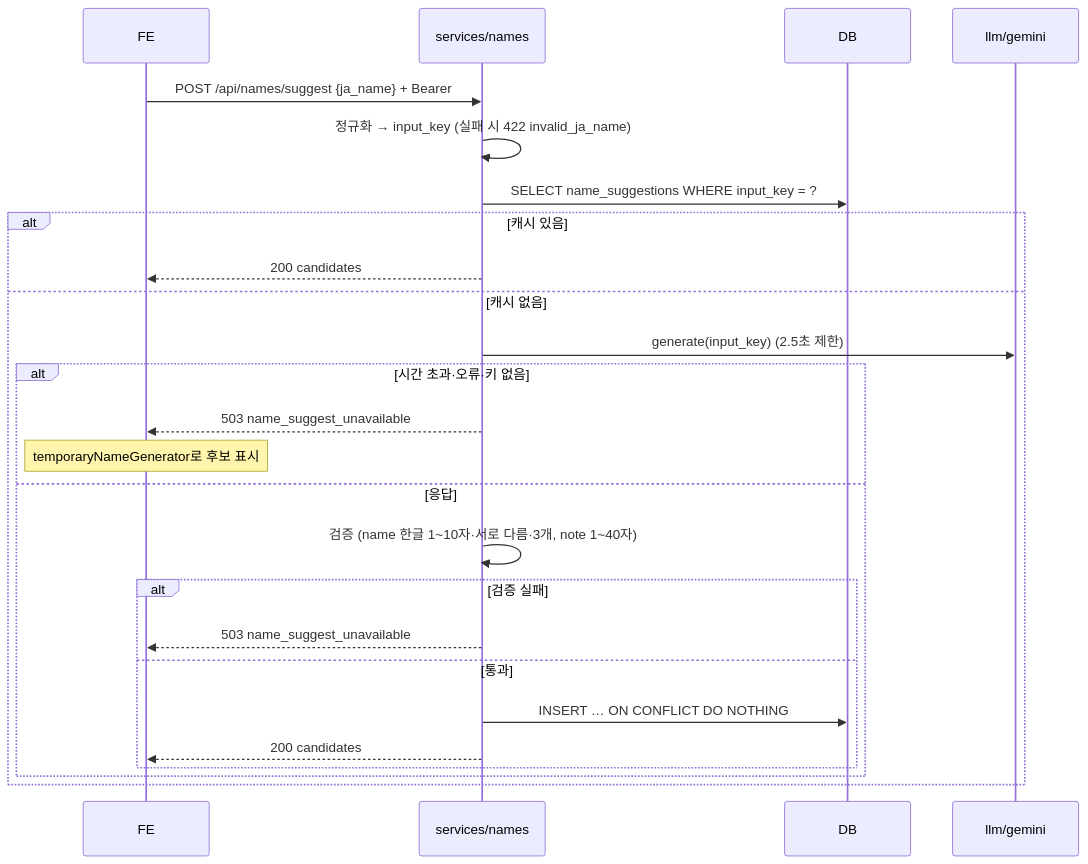
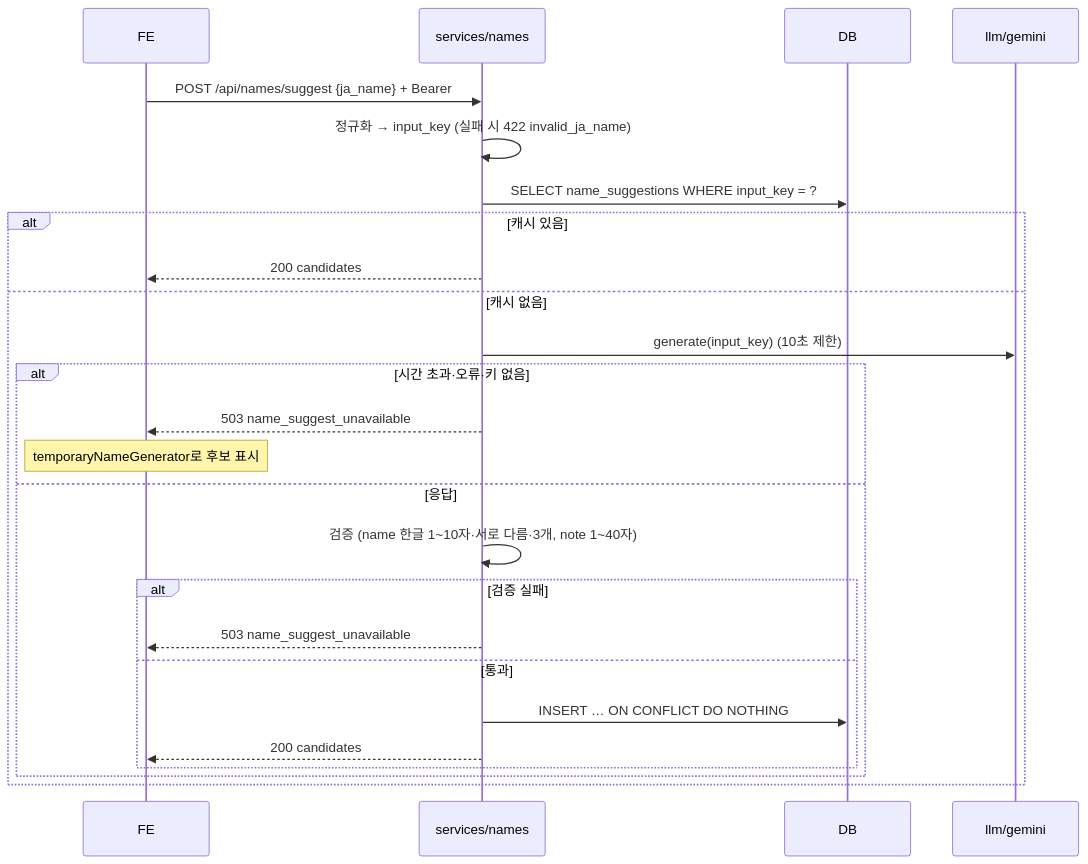
Before and after one commit to OurVacation/ichimadi: the fourth of 4 diagrams in docs/design/backend-architecture.md, drawn with Mermaid. The commit also changed other lines of this file and 8 other files, not shown here.

First line of the commit message:
fix(backend): make Gemini name suggestions reach the API (schema, timeout, thinking)

````diff
--- a/docs/design/backend-architecture.md
+++ b/docs/design/backend-architecture.md
@@ -120,27 +120,27 @@
 ```mermaid
 sequenceDiagram
   participant FE
   participant S as services/names
   participant DB
   participant G as llm/gemini
   FE->>S: POST /api/names/suggest {ja_name} + Bearer
   S->>S: 정규화 → input_key (실패 시 422 invalid_ja_name)
   S->>DB: SELECT name_suggestions WHERE input_key = ?
   alt 캐시 있음
     S-->>FE: 200 candidates
   else 캐시 없음
-    S->>G: generate(input_key) (2.5초 제한)
+    S->>G: generate(input_key) (10초 제한)
     alt 시간 초과·오류·키 없음
       S-->>FE: 503 name_suggest_unavailable
       Note over FE: temporaryNameGenerator로 후보 표시
     else 응답
       S->>S: 검증 (name 한글 1~10자·서로 다름·3개, note 1~40자)
       alt 검증 실패
         S-->>FE: 503 name_suggest_unavailable
       else 통과
         S->>DB: INSERT … ON CONFLICT DO NOTHING
         S-->>FE: 200 candidates
       end
     end
   end
 ```
````
